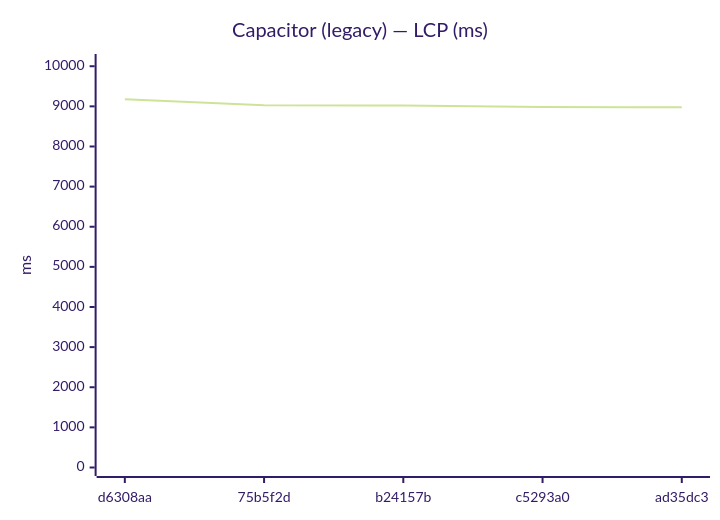
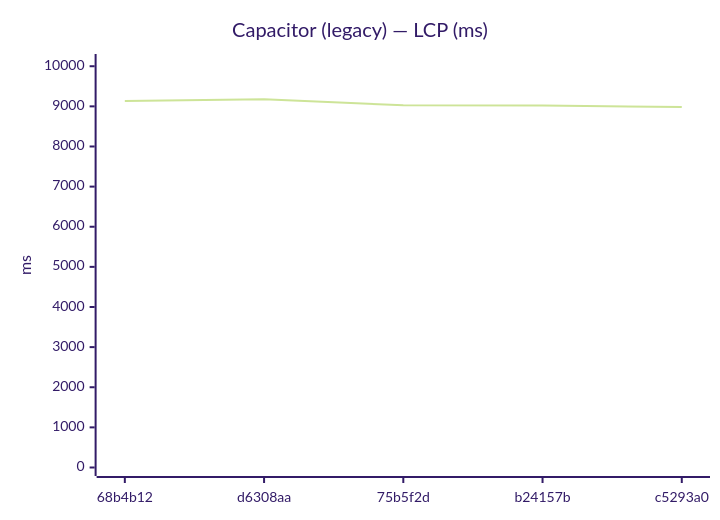
One commit to Metaheurist/Rianell changed diagram 13 of 24 in benchmarks/compare.md. Above: the diagram before and after it, drawn with Mermaid (forest theme). The commit also changed other lines of this file and 14 other files, not shown here.

````diff
--- a/benchmarks/compare.md
+++ b/benchmarks/compare.md
@@ -194,7 +194,7 @@
 ```mermaid
 xychart-beta
     title "Capacitor (legacy) — LCP (ms)"
-    x-axis ["d6308aa", "75b5f2d", "b24157b", "c5293a0", "ad35dc3"]
+    x-axis ["68b4b12", "d6308aa", "75b5f2d", "b24157b", "c5293a0"]
     y-axis "ms" 0 --> 10093
-    line [9175, 9028, 9021, 8982, 8976]
+    line [9131, 9175, 9028, 9021, 8982]
 ```
````
